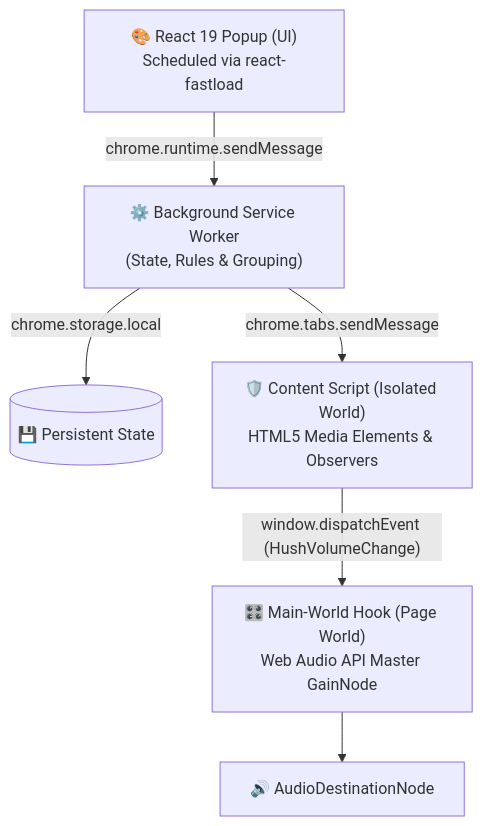
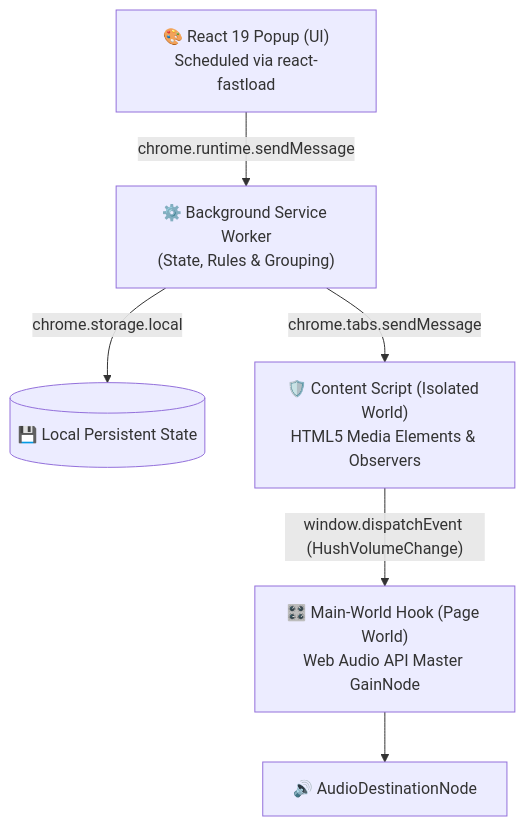
The diagram in README.md (abhishek-kumar-pundir/Hush), drawn with Mermaid before and after one commit. The commit also changed other lines of this file and 2 other files, not shown here.

````diff
--- a/README.md
+++ b/README.md
@@ -44,8 +111,8 @@
 ```mermaid
 flowchart TD
     Popup["🎨 React 19 Popup (UI)<br/>Scheduled via react-fastload"] -->|"chrome.runtime.sendMessage"| SW["⚙️ Background Service Worker<br/>(State, Rules & Grouping)"]
-    SW -->|"chrome.storage.local"| Storage[("💾 Persistent State")]
+    SW -->|"chrome.storage.local"| Storage[("💾 Local Persistent State")]
     SW -->|"chrome.tabs.sendMessage"| CS["🛡️ Content Script (Isolated World)<br/>HTML5 Media Elements & Observers"]
     CS -->|"window.dispatchEvent (HushVolumeChange)"| MW["🎛️ Main-World Hook (Page World)<br/>Web Audio API Master GainNode"]
     MW --> AudioDest["🔊 AudioDestinationNode"]
 ```
````
